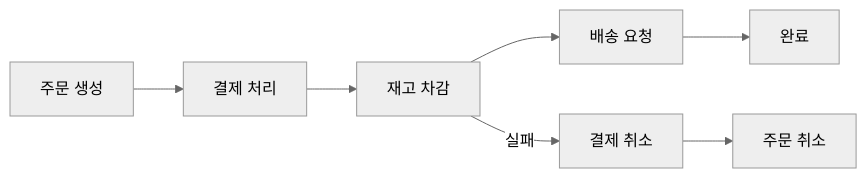
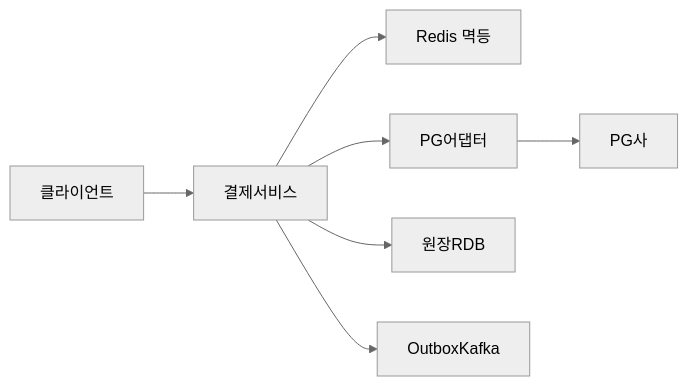
Before and after one commit to yjkim2015/yjkim2015.github.io: the second of 4 diagrams in _posts/systemdesign/2026-05-03-system-design-payment.md, drawn with Mermaid (neutral theme). The commit also changed other lines of this file and 4 other files, not shown here.

````diff
--- a/_posts/systemdesign/2026-05-03-system-design-payment.md
+++ b/_posts/systemdesign/2026-05-03-system-design-payment.md
@@ -399,9 +152,9 @@
 ```mermaid
 graph LR
-    A[주문 생성] --> B[결제 처리]
-    B --> C[재고 차감]
-    C --> D[배송 요청]
-    D --> E[완료]
-    C -- 실패 --> F[결제 취소]
-    F --> G[주문 취소]
+    A[클라이언트] --> B[결제서비스]
+    B --> C[Redis 멱등]
+    B --> D[PG어댑터]
+    D --> E[PG사]
+    B --> F[원장RDB]
+    B --> G[OutboxKafka]
 ```
````
